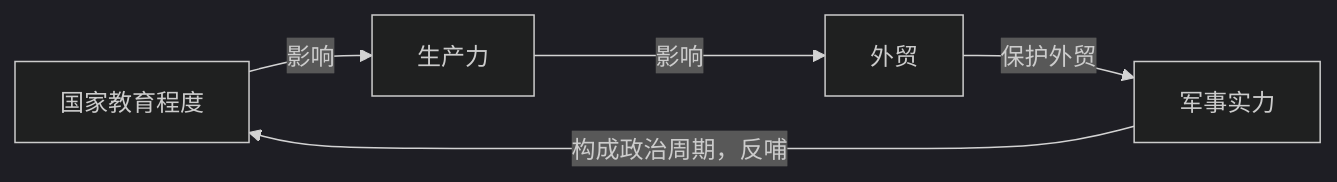
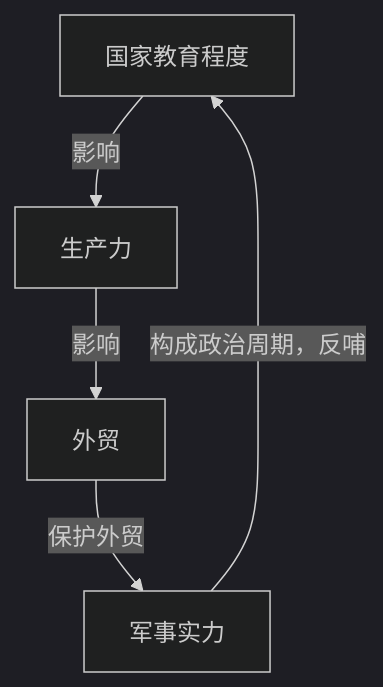
One commit to retroglot/notebook changed the diagram in F/原则：应对变化中的世界秩序.md. Above: the diagram before and after it, drawn with Mermaid (dark theme). The commit also changed 1 other file, not shown here.

````diff
--- a/F/原则：应对变化中的世界秩序.md
+++ b/F/原则：应对变化中的世界秩序.md
@@ -9,7 +9,7 @@
 ```mermaid
-graph LR
+graph TD
     A[国家教育程度] -->|影响| B[生产力]
     B -->|影响| C[外贸]
     C -->|保护外贸| D[军事实力]
     D -- 构成政治周期，反哺 --> A
 ```
````
